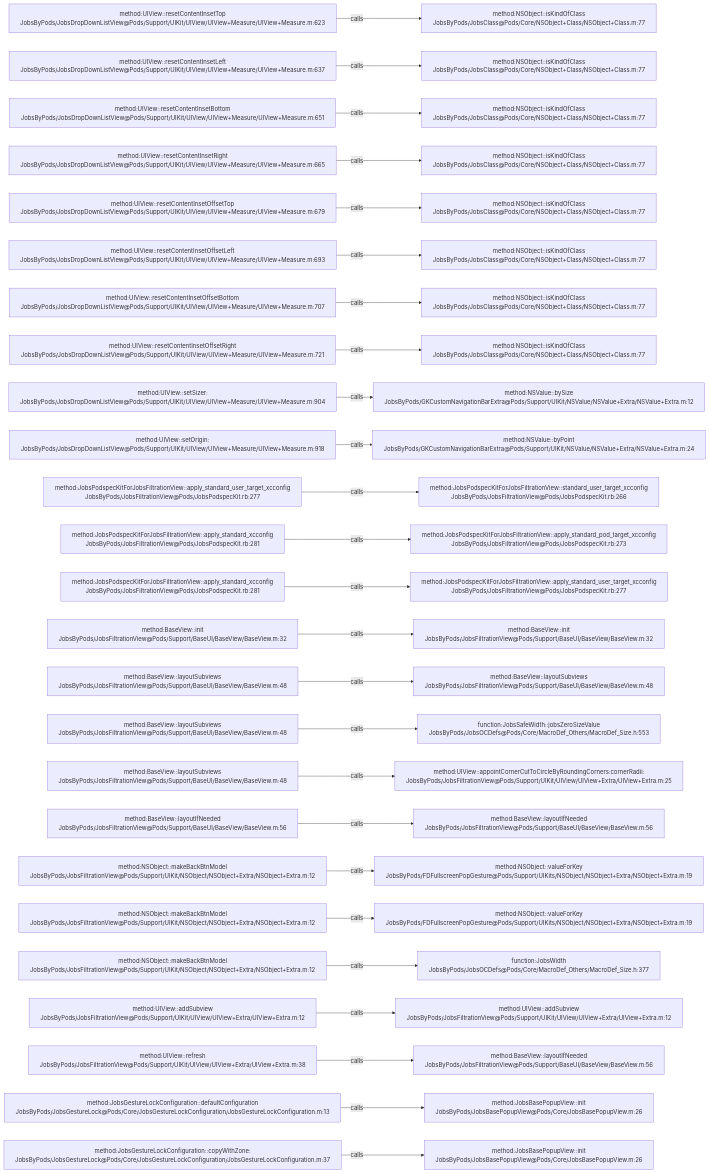
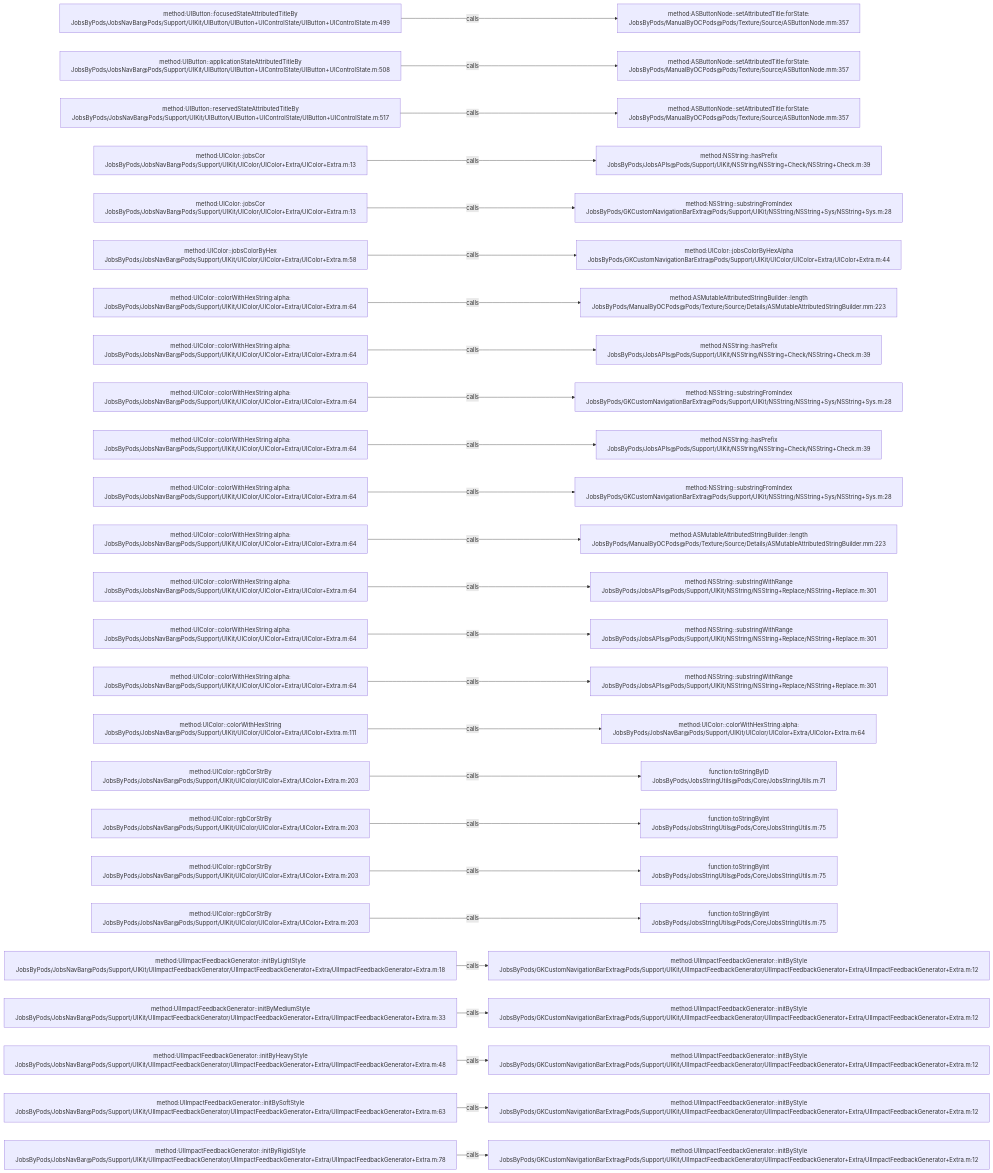
Before and after one commit to JobsKits/JobsOCBaseConfigDemo: the diagram in .codegraph/codegraph.md/graphs/calls-123.md, drawn with Mermaid. The commit also changed 1026 other files, not shown here.

````diff
--- a/.codegraph/codegraph.md/graphs/calls-123.md
+++ b/.codegraph/codegraph.md/graphs/calls-123.md
@@ -13,78 +13,78 @@
 ```mermaid
 flowchart LR
-  S1["method:UIView::resetContentInsetTop<br/>JobsByPods/JobsDropDownListView@Pods/Support/UIKit/UIView/UIView+Measure/UIView+Measure.m:623"]
-  T1["method:NSObject::isKindOfClass<br/>JobsByPods/JobsClass@Pods/Core/NSObject+Class/NSObject+Class.m:77"]
+  S1["method:UIButton::focusedStateAttributedTitleBy<br/>JobsByPods/JobsNavBar@Pods/Support/UIKit/UIButton/UIButton+UIControlState/UIButton+UIControlState.m:499"]
+  T1["method:ASButtonNode::setAttributedTitle:forState:<br/>JobsByPods/ManualByOCPods@Pods/Texture/Source/ASButtonNode.mm:357"]
   S1 -->|calls| T1
-  S2["method:UIView::resetContentInsetLeft<br/>JobsByPods/JobsDropDownListView@Pods/Support/UIKit/UIView/UIView+Measure/UIView+Measure.m:637"]
-  T2["method:NSObject::isKindOfClass<br/>JobsByPods/JobsClass@Pods/Core/NSObject+Class/NSObject+Class.m:77"]
+  S2["method:UIButton::applicationStateAttributedTitleBy<br/>JobsByPods/JobsNavBar@Pods/Support/UIKit/UIButton/UIButton+UIControlState/UIButton+UIControlState.m:508"]
+  T2["method:ASButtonNode::setAttributedTitle:forState:<br/>JobsByPods/ManualByOCPods@Pods/Texture/Source/ASButtonNode.mm:357"]
   S2 -->|calls| T2
-  S3["method:UIView::resetContentInsetBottom<br/>JobsByPods/JobsDropDownListView@Pods/Support/UIKit/UIView/UIView+Measure/UIView+Measure.m:651"]
-  T3["method:NSObject::isKindOfClass<br/>JobsByPods/JobsClass@Pods/Core/NSObject+Class/NSObject+Class.m:77"]
+  S3["method:UIButton::reservedStateAttributedTitleBy<br/>JobsByPods/JobsNavBar@Pods/Support/UIKit/UIButton/UIButton+UIControlState/UIButton+UIControlState.m:517"]
+  T3["method:ASButtonNode::setAttributedTitle:forState:<br/>JobsByPods/ManualByOCPods@Pods/Texture/Source/ASButtonNode.mm:357"]
   S3 -->|calls| T3
-  S4["method:UIView::resetContentInsetRight<br/>JobsByPods/JobsDropDownListView@Pods/Support/UIKit/UIView/UIView+Measure/UIView+Measure.m:665"]
-  T4["method:NSObject::isKindOfClass<br/>JobsByPods/JobsClass@Pods/Core/NSObject+Class/NSObject+Class.m:77"]
+  S4["method:UIColor::jobsCor<br/>JobsByPods/JobsNavBar@Pods/Support/UIKit/UIColor/UIColor+Extra/UIColor+Extra.m:13"]
+  T4["method:NSString::hasPrefix<br/>JobsByPods/JobsAPIs@Pods/Support/UIKit/NSString/NSString+Check/NSString+Check.m:39"]
   S4 -->|calls| T4
-  S5["method:UIView::resetContentInsetOffsetTop<br/>JobsByPods/JobsDropDownListView@Pods/Support/UIKit/UIView/UIView+Measure/UIView+Measure.m:679"]
-  T5["method:NSObject::isKindOfClass<br/>JobsByPods/JobsClass@Pods/Core/NSObject+Class/NSObject+Class.m:77"]
+  S5["method:UIColor::jobsCor<br/>JobsByPods/JobsNavBar@Pods/Support/UIKit/UIColor/UIColor+Extra/UIColor+Extra.m:13"]
+  T5["method:NSString::substringFromIndex<br/>JobsByPods/GKCustomNavigationBarExtra@Pods/Support/UIKit/NSString/NSString+Sys/NSString+Sys.m:28"]
   S5 -->|calls| T5
-  S6["method:UIView::resetContentInsetOffsetLeft<br/>JobsByPods/JobsDropDownListView@Pods/Support/UIKit/UIView/UIView+Measure/UIView+Measure.m:693"]
-  T6["method:NSObject::isKindOfClass<br/>JobsByPods/JobsClass@Pods/Core/NSObject+Class/NSObject+Class.m:77"]
+  S6["method:UIColor::jobsColorByHex<br/>JobsByPods/JobsNavBar@Pods/Support/UIKit/UIColor/UIColor+Extra/UIColor+Extra.m:58"]
+  T6["method:UIColor::jobsColorByHexAlpha<br/>JobsByPods/GKCustomNavigationBarExtra@Pods/Support/UIKit/UIColor/UIColor+Extra/UIColor+Extra.m:44"]
   S6 -->|calls| T6
-  S7["method:UIView::resetContentInsetOffsetBottom<br/>JobsByPods/JobsDropDownListView@Pods/Support/UIKit/UIView/UIView+Measure/UIView+Measure.m:707"]
-  T7["method:NSObject::isKindOfClass<br/>JobsByPods/JobsClass@Pods/Core/NSObject+Class/NSObject+Class.m:77"]
+  S7["method:UIColor::colorWithHexString:alpha:<br/>JobsByPods/JobsNavBar@Pods/Support/UIKit/UIColor/UIColor+Extra/UIColor+Extra.m:64"]
+  T7["method:ASMutableAttributedStringBuilder::length<br/>JobsByPods/ManualByOCPods@Pods/Texture/Source/Details/ASMutableAttributedStringBuilder.mm:223"]
   S7 -->|calls| T7
-  S8["method:UIView::resetContentInsetOffsetRight<br/>JobsByPods/JobsDropDownListView@Pods/Support/UIKit/UIView/UIView+Measure/UIView+Measure.m:721"]
-  T8["method:NSObject::isKindOfClass<br/>JobsByPods/JobsClass@Pods/Core/NSObject+Class/NSObject+Class.m:77"]
+  S8["method:UIColor::colorWithHexString:alpha:<br/>JobsByPods/JobsNavBar@Pods/Support/UIKit/UIColor/UIColor+Extra/UIColor+Extra.m:64"]
+  T8["method:NSString::hasPrefix<br/>JobsByPods/JobsAPIs@Pods/Support/UIKit/NSString/NSString+Check/NSString+Check.m:39"]
   S8 -->|calls| T8
-  S9["method:UIView::setSizer:<br/>JobsByPods/JobsDropDownListView@Pods/Support/UIKit/UIView/UIView+Measure/UIView+Measure.m:904"]
-  T9["method:NSValue::bySize<br/>JobsByPods/GKCustomNavigationBarExtra@Pods/Support/UIKit/NSValue/NSValue+Extra/NSValue+Extra.m:12"]
+  S9["method:UIColor::colorWithHexString:alpha:<br/>JobsByPods/JobsNavBar@Pods/Support/UIKit/UIColor/UIColor+Extra/UIColor+Extra.m:64"]
+  T9["method:NSString::substringFromIndex<br/>JobsByPods/GKCustomNavigationBarExtra@Pods/Support/UIKit/NSString/NSString+Sys/NSString+Sys.m:28"]
   S9 -->|calls| T9
-  S10["method:UIView::setOrigin:<br/>JobsByPods/JobsDropDownListView@Pods/Support/UIKit/UIView/UIView+Measure/UIView+Measure.m:918"]
-  T10["method:NSValue::byPoint<br/>JobsByPods/GKCustomNavigationBarExtra@Pods/Support/UIKit/NSValue/NSValue+Extra/NSValue+Extra.m:24"]
+  S10["method:UIColor::colorWithHexString:alpha:<br/>JobsByPods/JobsNavBar@Pods/Support/UIKit/UIColor/UIColor+Extra/UIColor+Extra.m:64"]
+  T10["method:NSString::hasPrefix<br/>JobsByPods/JobsAPIs@Pods/Support/UIKit/NSString/NSString+Check/NSString+Check.m:39"]
   S10 -->|calls| T10
-  S11["method:JobsPodspecKitForJobsFiltrationView::apply_standard_user_target_xcconfig<br/>JobsByPods/JobsFiltrationView@Pods/JobsPodspecKit.rb:277"]
-  T11["method:JobsPodspecKitForJobsFiltrationView::standard_user_target_xcconfig<br/>JobsByPods/JobsFiltrationView@Pods/JobsPodspecKit.rb:266"]
+  S11["method:UIColor::colorWithHexString:alpha:<br/>JobsByPods/JobsNavBar@Pods/Support/UIKit/UIColor/UIColor+Extra/UIColor+Extra.m:64"]
+  T11["method:NSString::substringFromIndex<br/>JobsByPods/GKCustomNavigationBarExtra@Pods/Support/UIKit/NSString/NSString+Sys/NSString+Sys.m:28"]
   S11 -->|calls| T11
-  S12["method:JobsPodspecKitForJobsFiltrationView::apply_standard_xcconfig<br/>JobsByPods/JobsFiltrationView@Pods/JobsPodspecKit.rb:281"]
-  T12["method:JobsPodspecKitForJobsFiltrationView::apply_standard_pod_target_xcconfig<br/>JobsByPods/JobsFiltrationView@Pods/JobsPodspecKit.rb:273"]
+  S12["method:UIColor::colorWithHexString:alpha:<br/>JobsByPods/JobsNavBar@Pods/Support/UIKit/UIColor/UIColor+Extra/UIColor+Extra.m:64"]
+  T12["method:ASMutableAttributedStringBuilder::length<br/>JobsByPods/ManualByOCPods@Pods/Texture/Source/Details/ASMutableAttributedStringBuilder.mm:223"]
   S12 -->|calls| T12
-  S13["method:JobsPodspecKitForJobsFiltrationView::apply_standard_xcconfig<br/>JobsByPods/JobsFiltrationView@Pods/JobsPodspecKit.rb:281"]
-  T13["method:JobsPodspecKitForJobsFiltrationView::apply_standard_user_target_xcconfig<br/>JobsByPods/JobsFiltrationView@Pods/JobsPodspecKit.rb:277"]
+  S13["method:UIColor::colorWithHexString:alpha:<br/>JobsByPods/JobsNavBar@Pods/Support/UIKit/UIColor/UIColor+Extra/UIColor+Extra.m:64"]
+  T13["method:NSString::substringWithRange<br/>JobsByPods/JobsAPIs@Pods/Support/UIKit/NSString/NSString+Replace/NSString+Replace.m:301"]
   S13 -->|calls| T13
-  S14["method:BaseView::init<br/>JobsByPods/JobsFiltrationView@Pods/Support/BaseUI/BaseView/BaseView.m:32"]
-  T14["method:BaseView::init<br/>JobsByPods/JobsFiltrationView@Pods/Support/BaseUI/BaseView/BaseView.m:32"]
+  S14["method:UIColor::colorWithHexString:alpha:<br/>JobsByPods/JobsNavBar@Pods/Support/UIKit/UIColor/UIColor+Extra/UIColor+Extra.m:64"]
+  T14["method:NSString::substringWithRange<br/>JobsByPods/JobsAPIs@Pods/Support/UIKit/NSString/NSString+Replace/NSString+Replace.m:301"]
   S14 -->|calls| T14
-  S15["method:BaseView::layoutSubviews<br/>JobsByPods/JobsFiltrationView@Pods/Support/BaseUI/BaseView/BaseView.m:48"]
-  T15["method:BaseView::layoutSubviews<br/>JobsByPods/JobsFiltrationView@Pods/Support/BaseUI/BaseView/BaseView.m:48"]
+  S15["method:UIColor::colorWithHexString:alpha:<br/>JobsByPods/JobsNavBar@Pods/Support/UIKit/UIColor/UIColor+Extra/UIColor+Extra.m:64"]
+  T15["method:NSString::substringWithRange<br/>JobsByPods/JobsAPIs@Pods/Support/UIKit/NSString/NSString+Replace/NSString+Replace.m:301"]
   S15 -->|calls| T15
-  S16["method:BaseView::layoutSubviews<br/>JobsByPods/JobsFiltrationView@Pods/Support/BaseUI/BaseView/BaseView.m:48"]
-  T16["function:JobsSafeWidth::jobsZeroSizeValue<br/>JobsByPods/JobsOCDefs@Pods/Core/MacroDef_Others/MacroDef_Size.h:553"]
+  S16["method:UIColor::colorWithHexString<br/>JobsByPods/JobsNavBar@Pods/Support/UIKit/UIColor/UIColor+Extra/UIColor+Extra.m:111"]
+  T16["method:UIColor::colorWithHexString:alpha:<br/>JobsByPods/JobsNavBar@Pods/Support/UIKit/UIColor/UIColor+Extra/UIColor+Extra.m:64"]
   S16 -->|calls| T16
-  S17["method:BaseView::layoutSubviews<br/>JobsByPods/JobsFiltrationView@Pods/Support/BaseUI/BaseView/BaseView.m:48"]
-  T17["method:UIView::appointCornerCutToCircleByRoundingCorners:cornerRadii:<br/>JobsByPods/JobsFiltrationView@Pods/Support/UIKit/UIView/UIView+Extra/UIView+Extra.m:25"]
+  S17["method:UIColor::rgbCorStrBy<br/>JobsByPods/JobsNavBar@Pods/Support/UIKit/UIColor/UIColor+Extra/UIColor+Extra.m:203"]
+  T17["function:toStringByID<br/>JobsByPods/JobsStringUtils@Pods/Core/JobsStringUtils.m:71"]
   S17 -->|calls| T17
-  S18["method:BaseView::layoutIfNeeded<br/>JobsByPods/JobsFiltrationView@Pods/Support/BaseUI/BaseView/BaseView.m:56"]
-  T18["method:BaseView::layoutIfNeeded<br/>JobsByPods/JobsFiltrationView@Pods/Support/BaseUI/BaseView/BaseView.m:56"]
+  S18["method:UIColor::rgbCorStrBy<br/>JobsByPods/JobsNavBar@Pods/Support/UIKit/UIColor/UIColor+Extra/UIColor+Extra.m:203"]
+  T18["function:toStringByInt<br/>JobsByPods/JobsStringUtils@Pods/Core/JobsStringUtils.m:75"]
   S18 -->|calls| T18
-  S19["method:NSObject::makeBackBtnModel<br/>JobsByPods/JobsFiltrationView@Pods/Support/UIKit/NSObject/NSObject+Extra/NSObject+Extra.m:12"]
-  T19["method:NSObject::valueForKey<br/>JobsByPods/FDFullscreenPopGesture@Pods/Support/UIKits/NSObject/NSObject+Extra/NSObject+Extra.m:19"]
+  S19["method:UIColor::rgbCorStrBy<br/>JobsByPods/JobsNavBar@Pods/Support/UIKit/UIColor/UIColor+Extra/UIColor+Extra.m:203"]
+  T19["function:toStringByInt<br/>JobsByPods/JobsStringUtils@Pods/Core/JobsStringUtils.m:75"]
   S19 -->|calls| T19
-  S20["method:NSObject::makeBackBtnModel<br/>JobsByPods/JobsFiltrationView@Pods/Support/UIKit/NSObject/NSObject+Extra/NSObject+Extra.m:12"]
-  T20["method:NSObject::valueForKey<br/>JobsByPods/FDFullscreenPopGesture@Pods/Support/UIKits/NSObject/NSObject+Extra/NSObject+Extra.m:19"]
+  S20["method:UIColor::rgbCorStrBy<br/>JobsByPods/JobsNavBar@Pods/Support/UIKit/UIColor/UIColor+Extra/UIColor+Extra.m:203"]
+  T20["function:toStringByInt<br/>JobsByPods/JobsStringUtils@Pods/Core/JobsStringUtils.m:75"]
   S20 -->|calls| T20
-  S21["method:NSObject::makeBackBtnModel<br/>JobsByPods/JobsFiltrationView@Pods/Support/UIKit/NSObject/NSObject+Extra/NSObject+Extra.m:12"]
-  T21["function:JobsWidth<br/>JobsByPods/JobsOCDefs@Pods/Core/MacroDef_Others/MacroDef_Size.h:377"]
+  S21["method:UIImpactFeedbackGenerator::initByLightStyle<br/>JobsByPods/JobsNavBar@Pods/Support/UIKit/UIImpactFeedbackGenerator/UIImpactFeedbackGenerator+Extra/UIImpactFeedbackGenerator+Extra.m:18"]
+  T21["method:UIImpactFeedbackGenerator::initByStyle<br/>JobsByPods/GKCustomNavigationBarExtra@Pods/Support/UIKit/UIImpactFeedbackGenerator/UIImpactFeedbackGenerator+Extra/UIImpactFeedbackGenerator+Extra.m:12"]
   S21 -->|calls| T21
-  S22["method:UIView::addSubview<br/>JobsByPods/JobsFiltrationView@Pods/Support/UIKit/UIView/UIView+Extra/UIView+Extra.m:12"]
-  T22["method:UIView::addSubview<br/>JobsByPods/JobsFiltrationView@Pods/Support/UIKit/UIView/UIView+Extra/UIView+Extra.m:12"]
+  S22["method:UIImpactFeedbackGenerator::initByMediumStyle<br/>JobsByPods/JobsNavBar@Pods/Support/UIKit/UIImpactFeedbackGenerator/UIImpactFeedbackGenerator+Extra/UIImpactFeedbackGenerator+Extra.m:33"]
+  T22["method:UIImpactFeedbackGenerator::initByStyle<br/>JobsByPods/GKCustomNavigationBarExtra@Pods/Support/UIKit/UIImpactFeedbackGenerator/UIImpactFeedbackGenerator+Extra/UIImpactFeedbackGenerator+Extra.m:12"]
   S22 -->|calls| T22
-  S23["method:UIView::refresh<br/>JobsByPods/JobsFiltrationView@Pods/Support/UIKit/UIView/UIView+Extra/UIView+Extra.m:38"]
-  T23["method:BaseView::layoutIfNeeded<br/>JobsByPods/JobsFiltrationView@Pods/Support/BaseUI/BaseView/BaseView.m:56"]
+  S23["method:UIImpactFeedbackGenerator::initByHeavyStyle<br/>JobsByPods/JobsNavBar@Pods/Support/UIKit/UIImpactFeedbackGenerator/UIImpactFeedbackGenerator+Extra/UIImpactFeedbackGenerator+Extra.m:48"]
+  T23["method:UIImpactFeedbackGenerator::initByStyle<br/>JobsByPods/GKCustomNavigationBarExtra@Pods/Support/UIKit/UIImpactFeedbackGenerator/UIImpactFeedbackGenerator+Extra/UIImpactFeedbackGenerator+Extra.m:12"]
   S23 -->|calls| T23
-  S24["method:JobsGestureLockConfiguration::defaultConfiguration<br/>JobsByPods/JobsGestureLock@Pods/Core/JobsGestureLockConfiguration/JobsGestureLockConfiguration.m:13"]
-  T24["method:JobsBasePopupView::init<br/>JobsByPods/JobsBasePopupView@Pods/Core/JobsBasePopupView.m:26"]
+  S24["method:UIImpactFeedbackGenerator::initBySoftStyle<br/>JobsByPods/JobsNavBar@Pods/Support/UIKit/UIImpactFeedbackGenerator/UIImpactFeedbackGenerator+Extra/UIImpactFeedbackGenerator+Extra.m:63"]
+  T24["method:UIImpactFeedbackGenerator::initByStyle<br/>JobsByPods/GKCustomNavigationBarExtra@Pods/Support/UIKit/UIImpactFeedbackGenerator/UIImpactFeedbackGenerator+Extra/UIImpactFeedbackGenerator+Extra.m:12"]
   S24 -->|calls| T24
-  S25["method:JobsGestureLockConfiguration::copyWithZone:<br/>JobsByPods/JobsGestureLock@Pods/Core/JobsGestureLockConfiguration/JobsGestureLockConfiguration.m:37"]
-  T25["method:JobsBasePopupView::init<br/>JobsByPods/JobsBasePopupView@Pods/Core/JobsBasePopupView.m:26"]
+  S25["method:UIImpactFeedbackGenerator::initByRigidStyle<br/>JobsByPods/JobsNavBar@Pods/Support/UIKit/UIImpactFeedbackGenerator/UIImpactFeedbackGenerator+Extra/UIImpactFeedbackGenerator+Extra.m:78"]
+  T25["method:UIImpactFeedbackGenerator::initByStyle<br/>JobsByPods/GKCustomNavigationBarExtra@Pods/Support/UIKit/UIImpactFeedbackGenerator/UIImpactFeedbackGenerator+Extra/UIImpactFeedbackGenerator+Extra.m:12"]
   S25 -->|calls| T25
 ```
````
